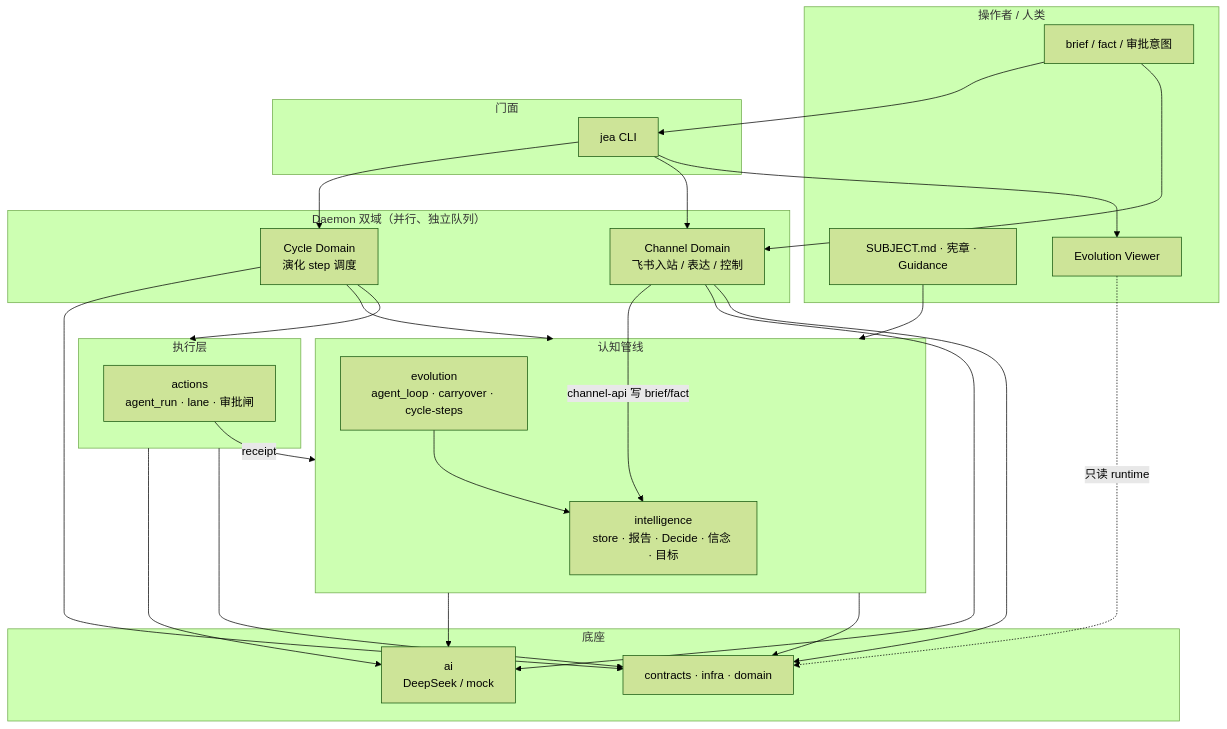
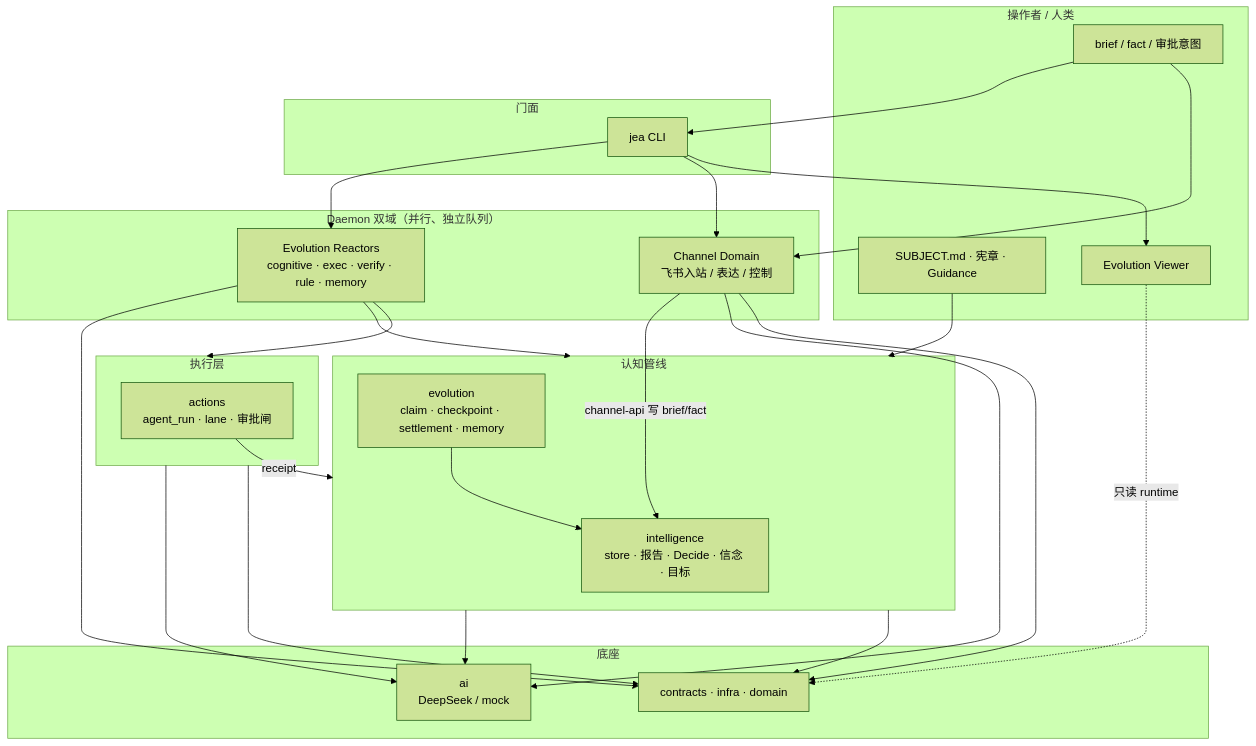
The first of 9 diagrams in docs/mechanism-diagram.md (imjszhang/js-evolution-agent), drawn with Mermaid (forest theme) before and after one commit. The commit also changed other lines of this file and 237 other files, not shown here.

````diff
--- a/docs/mechanism-diagram.md
+++ b/docs/mechanism-diagram.md
@@ -13,51 +13,51 @@
 ```mermaid
 flowchart TB
   subgraph Human["操作者 / 人类"]
     Policy["SUBJECT.md · 宪章 · Guidance"]
     Brief["brief / fact / 审批意图"]
     Viewer["Evolution Viewer"]
   end
 
   subgraph Facade["门面"]
     CLI["jea CLI"]
   end
 
   subgraph Domains["Daemon 双域（并行、独立队列）"]
-    Cycle["Cycle Domain<br/>演化 step 调度"]
+    Reactor["Evolution Reactors<br/>cognitive · exec · verify · rule · memory"]
     Channel["Channel Domain<br/>飞书入站 / 表达 / 控制"]
   end
 
   subgraph Cognition["认知管线"]
     Intel["intelligence<br/>store · 报告 · Decide · 信念 · 目标"]
-    Evol["evolution<br/>agent_loop · carryover · cycle-steps"]
+    Evol["evolution<br/>claim · checkpoint · settlement · memory"]
   end
 
   subgraph Exec["执行层"]
     Actions["actions<br/>agent_run · lane · 审批闸"]
   end
 
   subgraph Shared["底座"]
     AI["ai<br/>DeepSeek / mock"]
     Kernel["contracts · infra · domain"]
   end
 
   Policy --> Cognition
   Brief --> CLI
   Brief --> Channel
-  CLI --> Cycle
+  CLI --> Reactor
   CLI --> Channel
   CLI --> Viewer
-  Cycle --> Cognition
-  Cycle --> Exec
+  Reactor --> Cognition
+  Reactor --> Exec
   Channel -->|channel-api 写 brief/fact| Intel
   Evol --> Intel
   Cognition --> AI
   Channel --> AI
   Exec --> AI
   Cognition --> Kernel
   Exec --> Kernel
-  Cycle --> Kernel
+  Reactor --> Kernel
   Channel --> Kernel
   Actions -->|receipt| Cognition
   Viewer -.->|只读 runtime| Kernel
 ```
````
